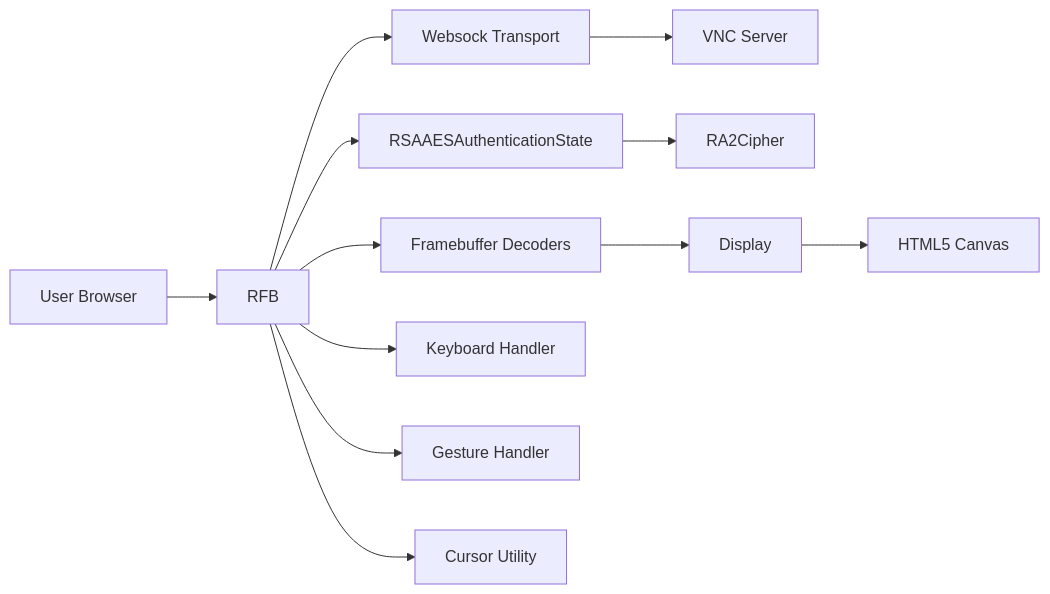
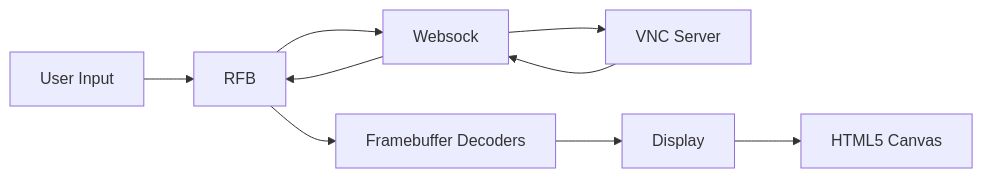
Before and after one commit to Ylianst/MeshCentral: the first of 6 diagrams in docs/reference/architecture/rfb-and-display/rfb-and-display.md, drawn with Mermaid. The commit also changed other lines of this file and 642 other files, not shown here.

````diff
--- a/docs/reference/architecture/rfb-and-display/rfb-and-display.md
+++ b/docs/reference/architecture/rfb-and-display/rfb-and-display.md
@@ -29,17 +25,12 @@
 ```mermaid
 flowchart LR
-    User["User Browser"] --> RFB["RFB"]
-    RFB --> Websock["Websock Transport"]
+    User["User Input"] --> RFB["RFB"]
+    RFB --> Websock["Websock"]
     Websock --> Server["VNC Server"]
 
-    RFB --> Auth["RSAAESAuthenticationState"]
-    Auth --> Crypto["RA2Cipher"]
-
+    Server --> Websock
+    Websock --> RFB
     RFB --> Decoders["Framebuffer Decoders"]
     Decoders --> Display["Display"]
     Display --> Canvas["HTML5 Canvas"]
-
-    RFB --> Keyboard["Keyboard Handler"]
-    RFB --> Gesture["Gesture Handler"]
-    RFB --> Cursor["Cursor Utility"]
 ```
````
